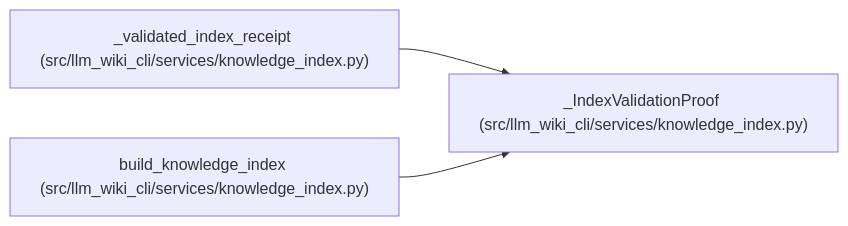
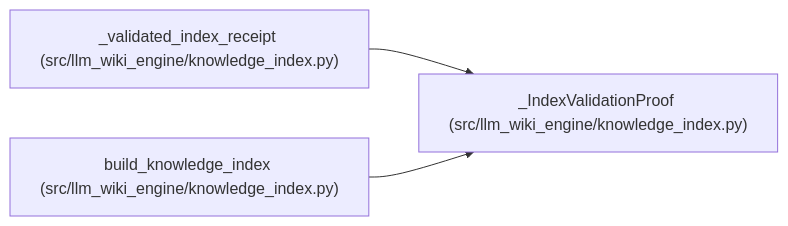
One commit to Denissvgn/python-wiki-llm changed the diagram in docs/llm_wiki/entities/IndexValidationProof.md. Above: the diagram before and after it, drawn with Mermaid. The commit also changed other lines of this file and 1058 other files, not shown here.

First line of the commit message:
docs: refresh the wiki for the knowledge store move

````diff
--- a/docs/llm_wiki/entities/IndexValidationProof.md
+++ b/docs/llm_wiki/entities/IndexValidationProof.md
@@ -34,11 +34,11 @@
 ```mermaid
 flowchart LR
-    n0["_IndexValidationProof (src/llm_wiki_cli/services/knowledge_index.py)"]
-    n1["_validated_index_receipt (src/llm_wiki_cli/services/knowledge_index.py)"]
-    n2["build_knowledge_index (src/llm_wiki_cli/services/knowledge_index.py)"]
+    n0["_IndexValidationProof (src/llm_wiki_engine/knowledge_index.py)"]
+    n1["_validated_index_receipt (src/llm_wiki_engine/knowledge_index.py)"]
+    n2["build_knowledge_index (src/llm_wiki_engine/knowledge_index.py)"]
     n1 --> n0
     n2 --> n0
     click n0 "../modules/knowledge_index.md"
     click n1 "../modules/knowledge_index.md"
     click n2 "../modules/knowledge_index.md"
 ```
````
